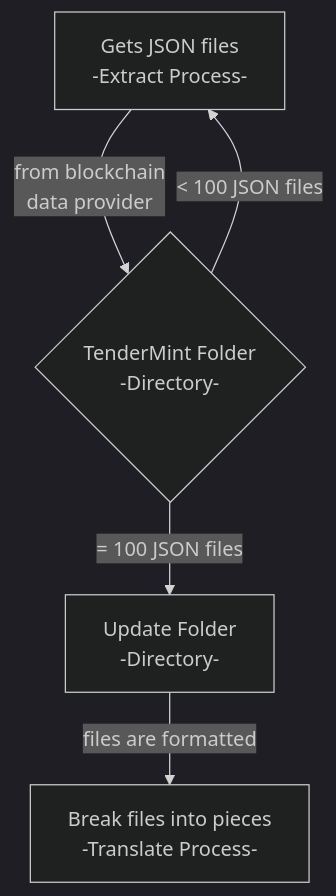
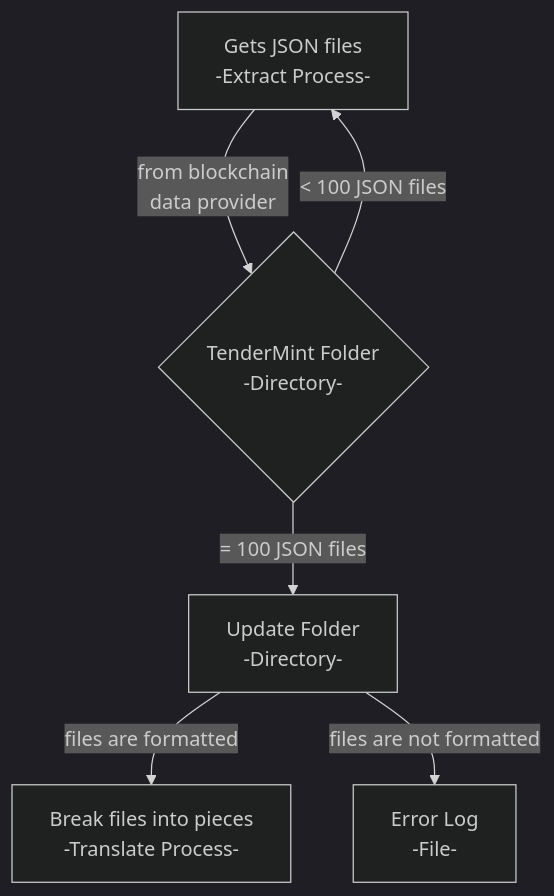
The diagram in README.md (patmcfarland/one), drawn with Mermaid (dark theme) before and after one commit.

````diff
--- a/README.md
+++ b/README.md
@@ -1,10 +1,12 @@
 ```mermaid
 flowchart TD
 A[Gets JSON files<br>-Extract Process-]
 A -- from blockchain<br>data provider --> B
 B{TenderMint Folder<br>-Directory-}
 B -- = 100 JSON files --> C[Update Folder<br>-Directory-]
 B -- < 100 JSON files --> A
 C -- files are formatted --> D
 D[Break files into pieces<br>-Translate Process-]
+C -- files are not formatted --> E
+E[Error Log<br>-File-]
 ```
````
